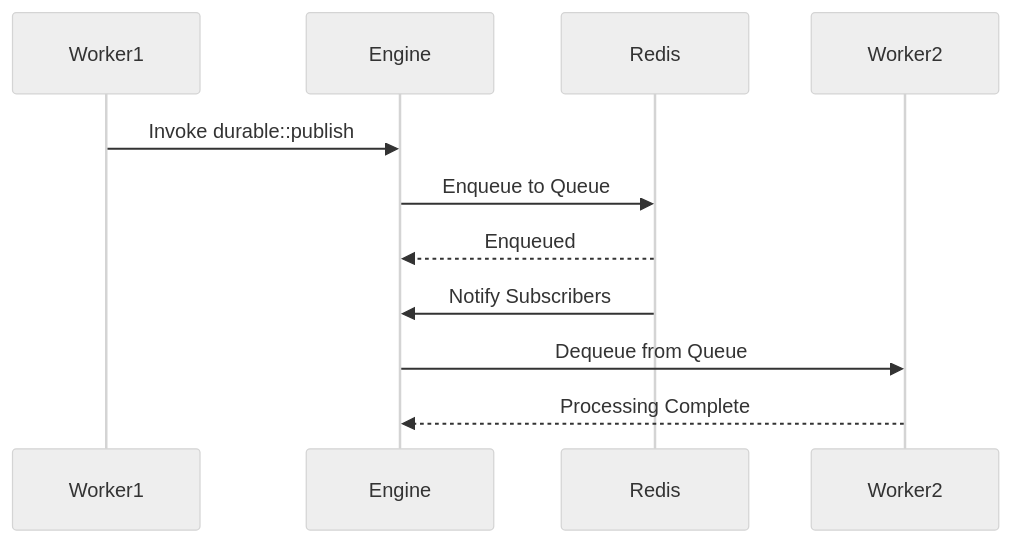
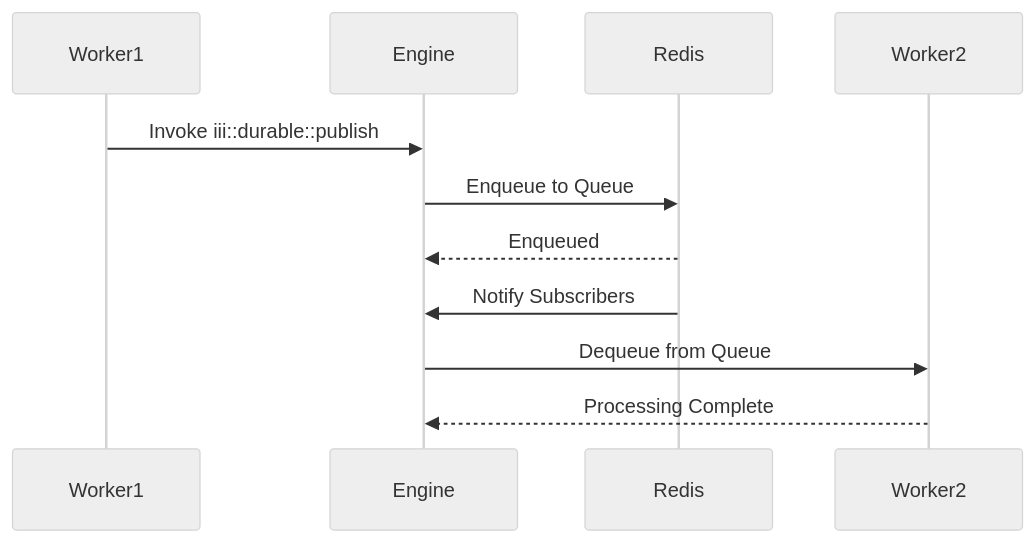
The third of 8 diagrams in docs/advanced/architecture.mdx (iii-hq/iii), drawn with Mermaid (neutral theme) before and after one commit. The commit also changed 24 other files, not shown here.

First line of the commit message:
refactor: rename durable::publish to iii::durable::publish

````diff
--- a/docs/advanced/architecture.mdx
+++ b/docs/advanced/architecture.mdx
@@ -101,15 +101,15 @@
 ```mermaid
 sequenceDiagram
     participant W1 as Worker1
     participant E as Engine
     participant R as Redis
     participant W2 as Worker2
 
-    W1->>E: Invoke durable::publish
+    W1->>E: Invoke iii::durable::publish
     E->>R: Enqueue to Queue
     R-->>E: Enqueued
 
     R->>E: Notify Subscribers
     E->>W2: Dequeue from Queue
     W2-->>E: Processing Complete
 ```
````
